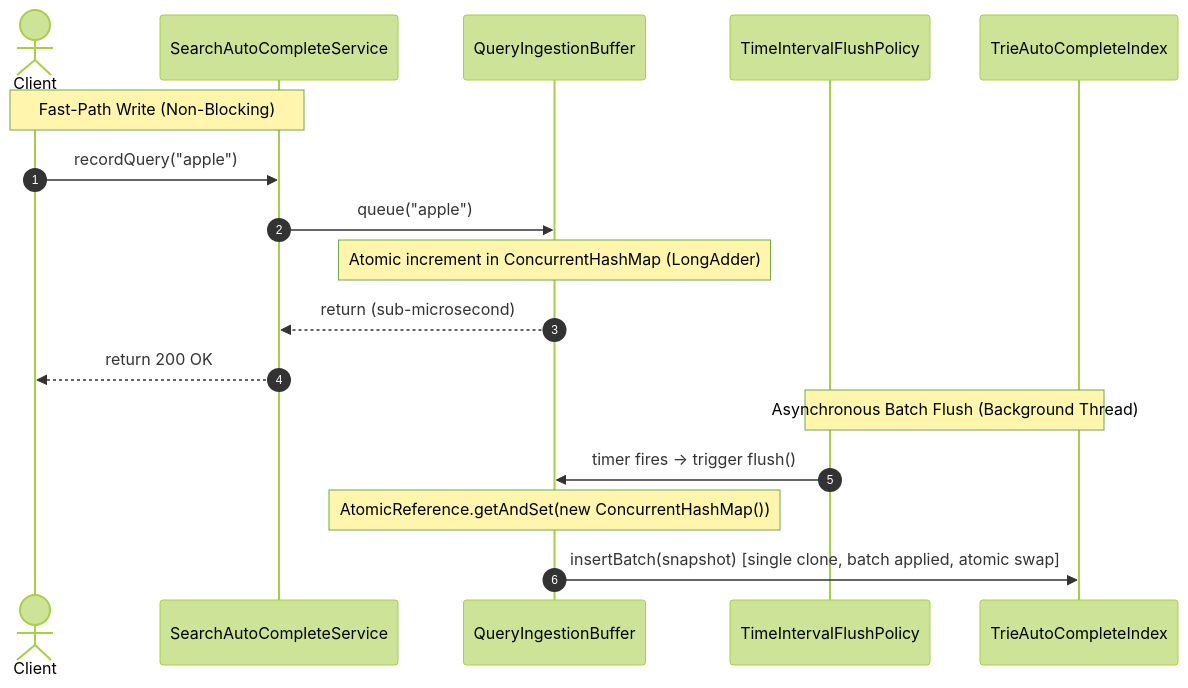
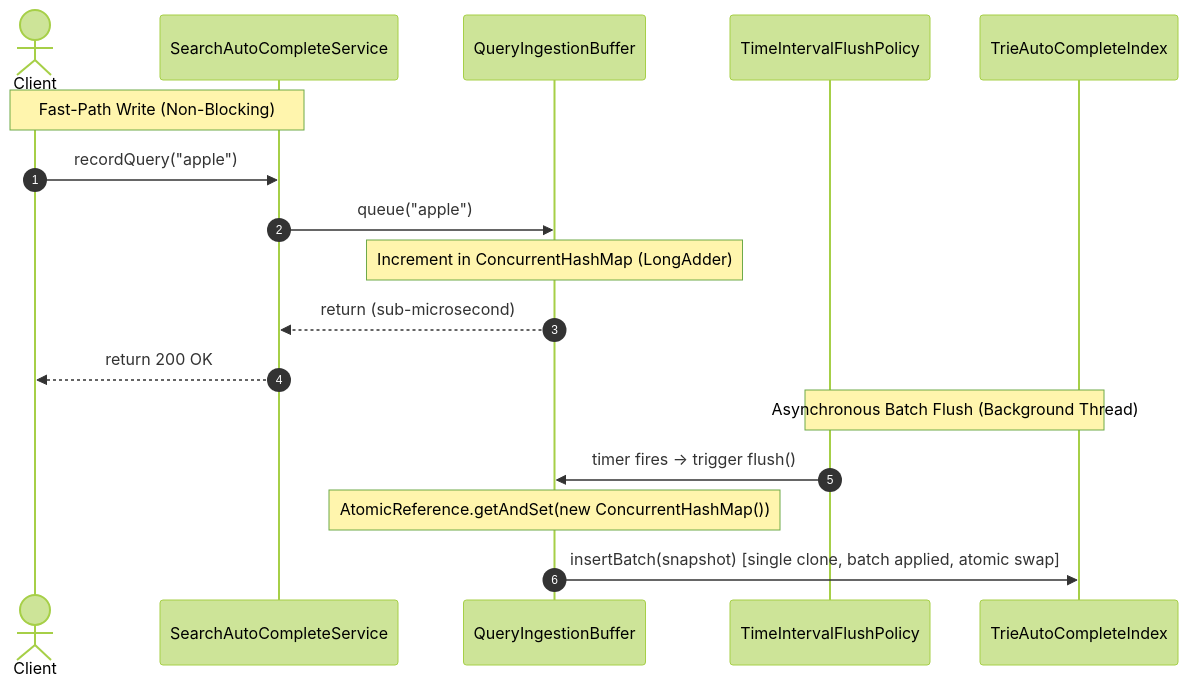
One commit to JyotimoyKashyap/system-design-labs changed the third of 6 diagrams in apps/web/src/content/lld/search-auto-complete.md. Above: the diagram before and after it, drawn with Mermaid (forest theme). The commit also changed other lines of this file and 3 other files, not shown here.

````diff
--- a/apps/web/src/content/lld/search-auto-complete.md
+++ b/apps/web/src/content/lld/search-auto-complete.md
@@ -292,21 +232,21 @@
 ```mermaid
 sequenceDiagram
     autonumber
     actor User as Client
     participant Service as SearchAutoCompleteService
     participant Buffer as QueryIngestionBuffer
     participant Policy as TimeIntervalFlushPolicy
     participant Index as TrieAutoCompleteIndex
 
     Note over User,Service: Fast-Path Write (Non-Blocking)
     User->>Service: recordQuery("apple")
     Service->>Buffer: queue("apple")
-    Note over Buffer: Atomic increment in ConcurrentHashMap (LongAdder)
+    Note over Buffer: Increment in ConcurrentHashMap (LongAdder)
     Buffer-->>Service: return (sub-microsecond)
     Service-->>User: return 200 OK
 
     Note over Policy,Index: Asynchronous Batch Flush (Background Thread)
     Policy->>Buffer: timer fires -> trigger flush()
     Note over Buffer: AtomicReference.getAndSet(new ConcurrentHashMap())
     Buffer->>Index: insertBatch(snapshot) [single clone, batch applied, atomic swap]
 ```
````
